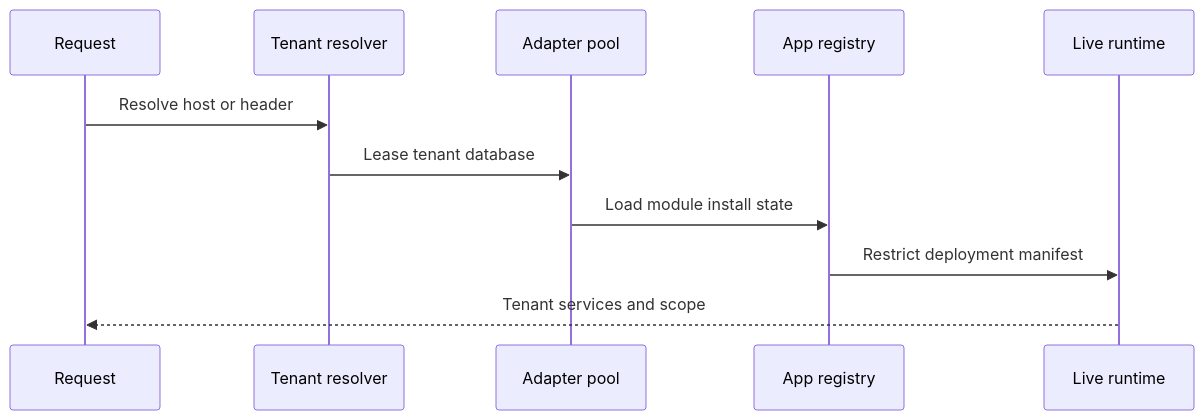
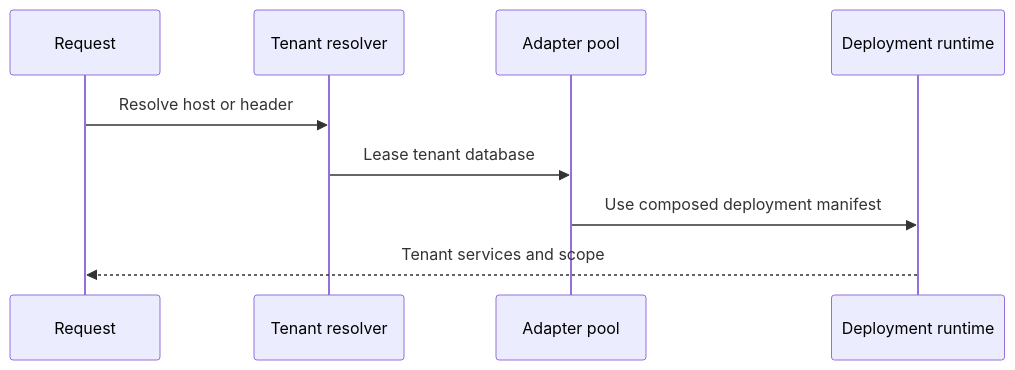
One commit to ketvietlab/ketjs changed the diagram in docs/src/content/docs/ketjs/sessions-tenants.md. Above: the diagram before and after it, drawn with Mermaid. The commit also changed other lines of this file and 261 other files, not shown here.

Commit message:
feat: replace app lifecycle with deployment composition

````diff
--- a/docs/src/content/docs/ketjs/sessions-tenants.md
+++ b/docs/src/content/docs/ketjs/sessions-tenants.md
@@ -185,14 +186,12 @@
 ```mermaid
 %% File: docs/src/content/docs/ketjs/sessions-tenants.md
 sequenceDiagram
   participant Request
   participant Resolver as Tenant resolver
   participant Pool as Adapter pool
-  participant Registry as App registry
-  participant Runtime as Live runtime
+  participant Runtime as Deployment runtime
   Request->>Resolver: Resolve host or header
   Resolver->>Pool: Lease tenant database
-  Pool->>Registry: Load module install state
-  Registry->>Runtime: Restrict deployment manifest
+  Pool->>Runtime: Use composed deployment manifest
   Runtime-->>Request: Tenant services and scope
 ```
````
